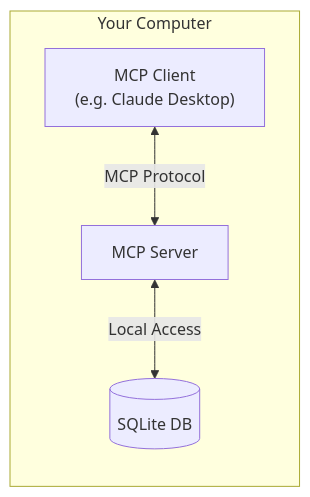
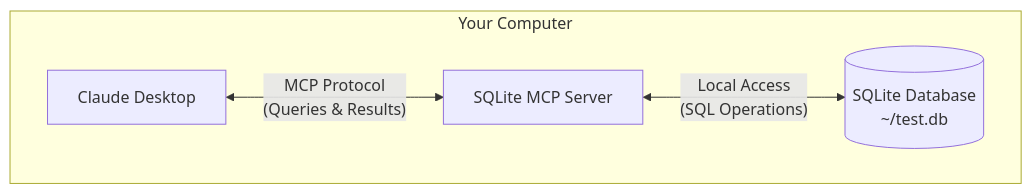
One commit to zcstarr/modelcontextprotocol changed the second of 3 diagrams in docs/guides/quickstart.mdx. Above: the diagram before and after it, drawn with Mermaid. The commit also changed other lines of this file and 1 other file, not shown here.

````diff
--- a/docs/guides/quickstart.mdx
+++ b/docs/guides/quickstart.mdx
@@ -26,11 +53,12 @@
 ```mermaid
 flowchart LR
     subgraph "Your Computer"
-        Client["MCP Client\n(e.g. Claude Desktop)"]
-        MCP[MCP Server]
-        DB[(SQLite DB)]
+        direction LR
+        Claude["Claude Desktop"]
+        MCP["SQLite MCP Server"]
+        DB[(SQLite Database\n~/test.db)]
         
-        Client <-->|MCP Protocol| MCP
-        MCP <-->|Local Access| DB
+        Claude <-->|"MCP Protocol\n(Queries & Results)"| MCP
+        MCP <-->|"Local Access\n(SQL Operations)"| DB
     end
 ```
````
